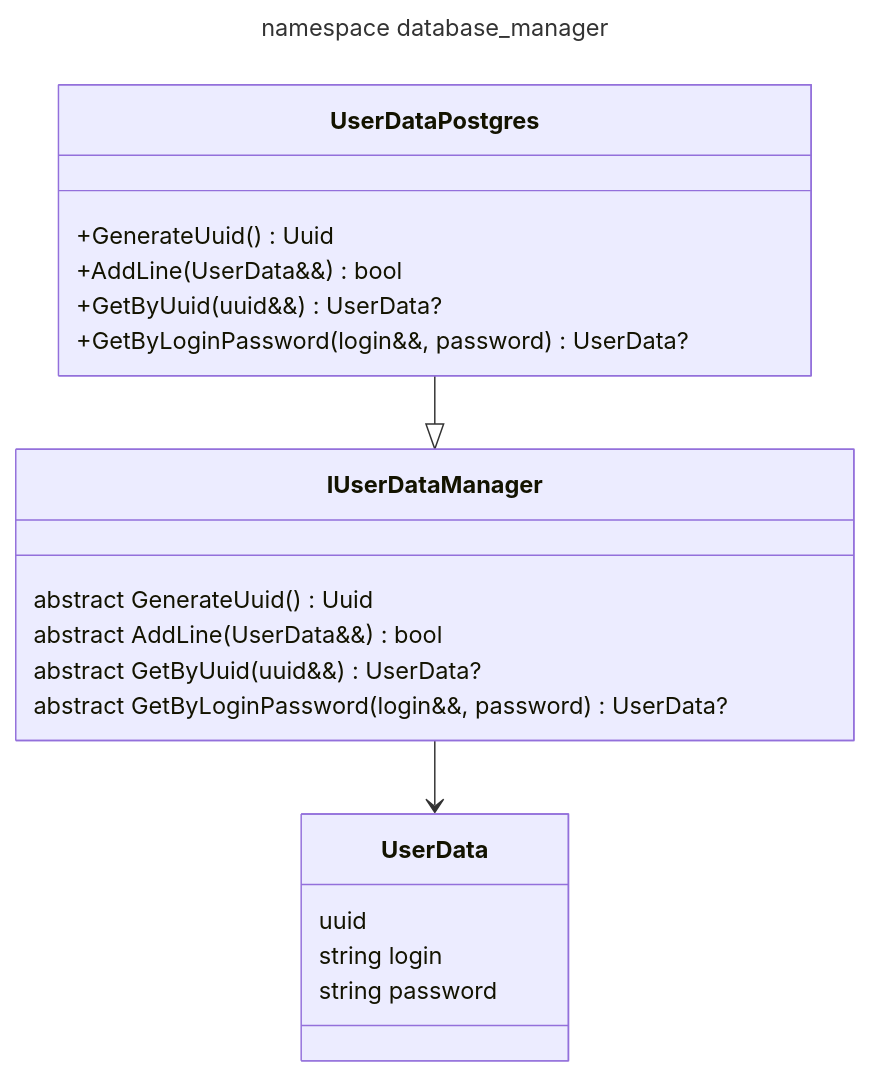
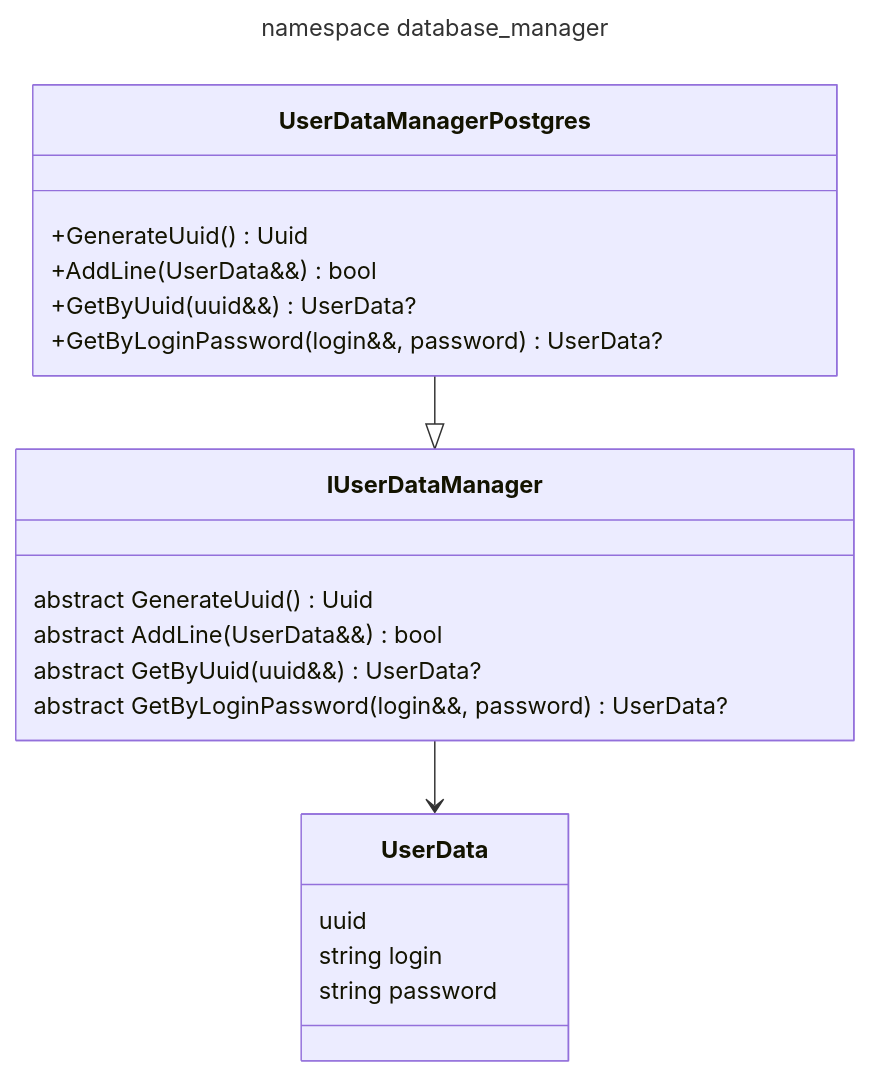
The diagram in docs/database_manager.md (LeeDoor/game_webserver), drawn with Mermaid before and after one commit. The commit also changed other lines of this file and 4 other files, not shown here.

````diff
--- a/docs/database_manager.md
+++ b/docs/database_manager.md
@@ -13,29 +13,29 @@
 ```mermaid
 ---
 title: namespace database_manager
 ---
 classDiagram
 
 class UserData {
     uuid
     string login
     string password
 }
 
 class IUserDataManager {
     abstract GenerateUuid() Uuid
     abstract AddLine(UserData&&) bool
     abstract GetByUuid(uuid&&) UserData?
     abstract GetByLoginPassword(login&&, password) UserData?
 }
 
-class UserDataPostgres {
+class UserDataManagerPostgres {
     +GenerateUuid() Uuid
     +AddLine(UserData&&) bool
     +GetByUuid(uuid&&) UserData?
     +GetByLoginPassword(login&&, password) UserData?
 }
 
-UserDataPostgres --|> IUserDataManager
+UserDataManagerPostgres --|> IUserDataManager
 IUserDataManager --> UserData
 ```
````
